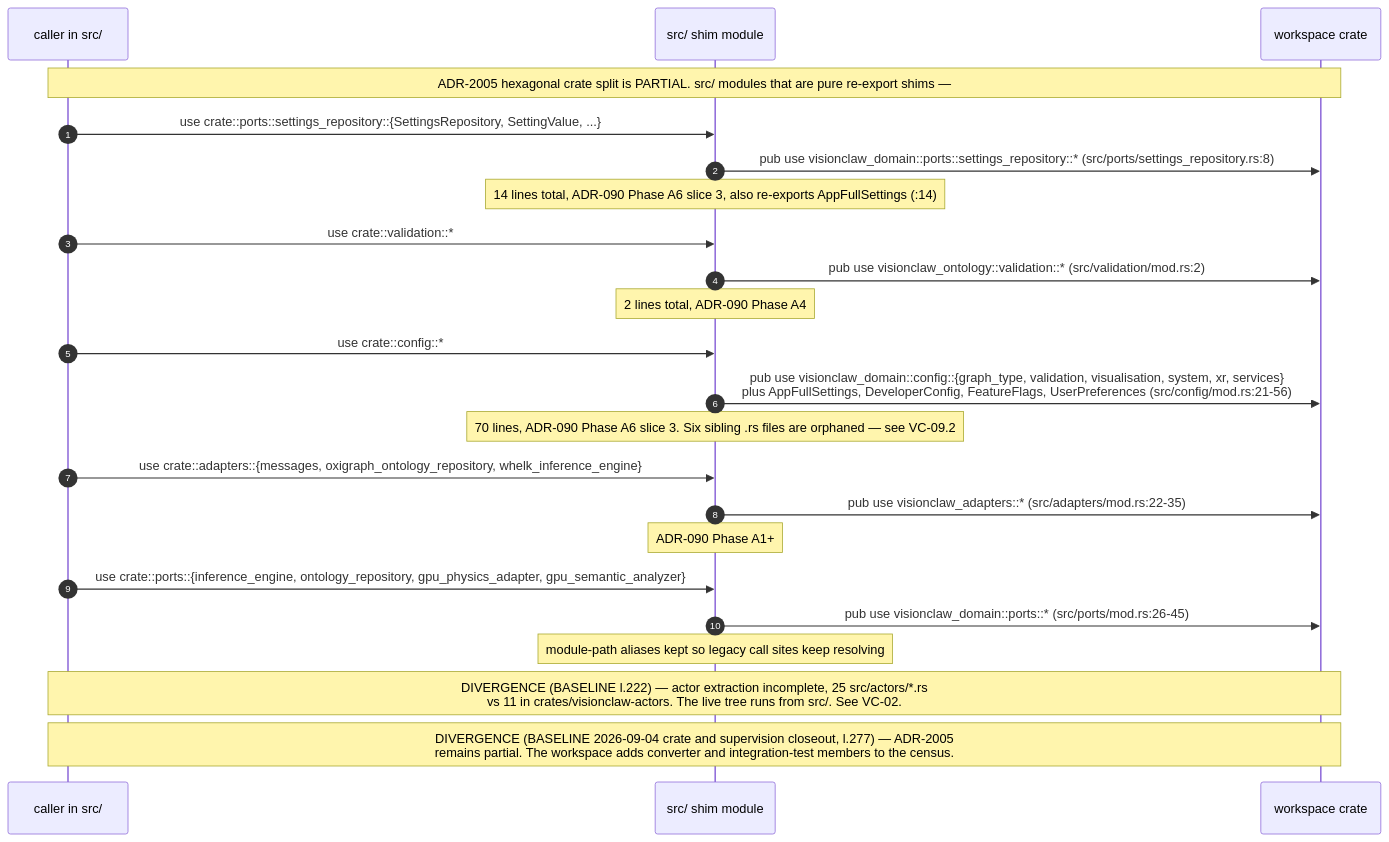
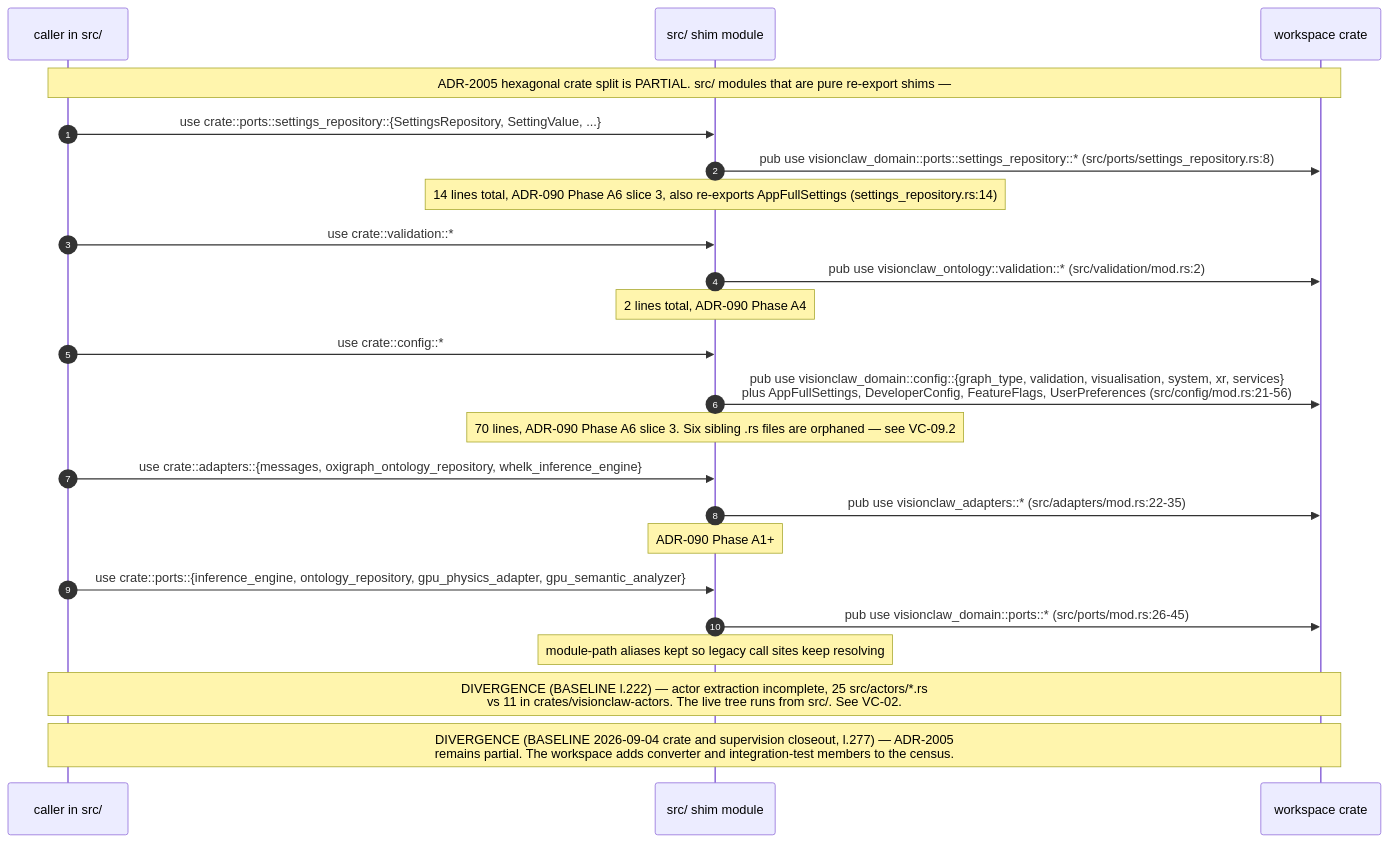
One commit to DreamLab-AI/VisionFlow changed the second of 12 diagrams in docs/diagrams/visionclaw/07-hexagonal-ports-and-crates.md. Above: the diagram before and after it, drawn with Mermaid. The commit also changed other lines of this file and 52 other files, not shown here.

First line of the commit message:
docs(diagrams): wave 3 checkpoint — bare line refs resolved, revision-pinned cite-check, VC-05/AB-01..13 re-attested

````diff
--- a/docs/diagrams/visionclaw/07-hexagonal-ports-and-crates.md
+++ b/docs/diagrams/visionclaw/07-hexagonal-ports-and-crates.md
@@ -104,26 +104,26 @@
 ```mermaid
 sequenceDiagram
     autonumber
     participant C as caller in src/
     participant SH as src/ shim module
     participant CR as workspace crate
 
     Note over C,CR: ADR-2005 hexagonal crate split is PARTIAL. src/ modules that are pure re-export shims —
     C->>SH: use crate::ports::settings_repository::{SettingsRepository, SettingValue, ...}
     SH->>CR: pub use visionclaw_domain::ports::settings_repository::* (src/ports/settings_repository.rs:8)
-    Note over SH: 14 lines total, ADR-090 Phase A6 slice 3, also re-exports AppFullSettings (:14)
+    Note over SH: 14 lines total, ADR-090 Phase A6 slice 3, also re-exports AppFullSettings (settings_repository.rs:14)
     C->>SH: use crate::validation::*
     SH->>CR: pub use visionclaw_ontology::validation::* (src/validation/mod.rs:2)
     Note over SH: 2 lines total, ADR-090 Phase A4
     C->>SH: use crate::config::*
     SH->>CR: pub use visionclaw_domain::config::{graph_type, validation, visualisation, system, xr, services}<br/>plus AppFullSettings, DeveloperConfig, FeatureFlags, UserPreferences (src/config/mod.rs:21-56)
     Note over SH: 70 lines, ADR-090 Phase A6 slice 3. Six sibling .rs files are orphaned — see VC-09.2
     C->>SH: use crate::adapters::{messages, oxigraph_ontology_repository, whelk_inference_engine}
     SH->>CR: pub use visionclaw_adapters::* (src/adapters/mod.rs:22-35)
     Note over SH: ADR-090 Phase A1+
     C->>SH: use crate::ports::{inference_engine, ontology_repository, gpu_physics_adapter, gpu_semantic_analyzer}
     SH->>CR: pub use visionclaw_domain::ports::* (src/ports/mod.rs:26-45)
     Note over SH: module-path aliases kept so legacy call sites keep resolving
     Note over C,CR: DIVERGENCE (BASELINE l.222) — actor extraction incomplete, 25 src/actors/*.rs<br/>vs 11 in crates/visionclaw-actors. The live tree runs from src/. See VC-02.
     Note over C,CR: DIVERGENCE (BASELINE 2026-09-04 crate and supervision closeout, l.277) — ADR-2005<br/>remains partial. The workspace adds converter and integration-test members to the census.
 ```
````
